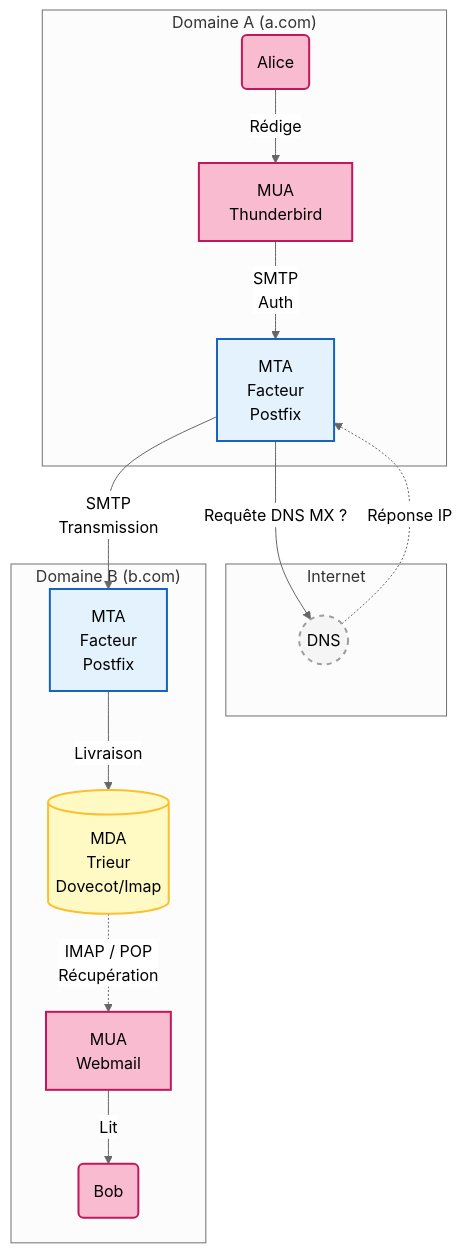
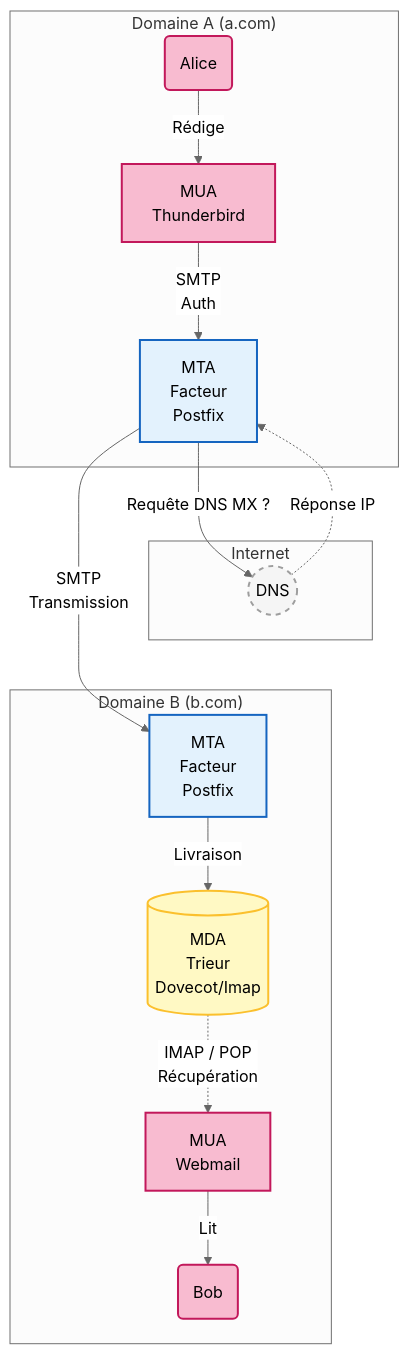
One commit to Yanal-Yves/blog changed the third of 3 diagrams in content/antispoofing-e-mail/01-architecture-concepts.md. Above: the diagram before and after it, drawn with Mermaid (neutral theme).

Commit message:
Diagramme du voyage : empiler Domaine B sous Internet
MTA_A ayant deux arêtes sortantes (DNS et MTA_B), Mermaid plaçait
« Internet » et « Domaine B » côte à côte. Un lien invisible
DNS ~~~ MTA_B force Domaine B d'un rang vers le bas pour retrouver
le flux vertical A -> Internet -> B décrit dans le texte.

````diff
--- a/content/antispoofing-e-mail/01-architecture-concepts.md
+++ b/content/antispoofing-e-mail/01-architecture-concepts.md
@@ -155,27 +155,29 @@
 ```mermaid
 graph TD
   %% --- Définition des Styles ---
   classDef client fill:#f8bbd0,stroke:#c2185b,stroke-width:2px,color:#000;
   classDef server fill:#e3f2fd,stroke:#1565c0,stroke-width:2px,color:#000;
   classDef storage fill:#fff9c4,stroke:#fbc02d,stroke-width:2px,color:#000;
   classDef internet fill:#f5f5f5,stroke:#9e9e9e,stroke-width:2px,stroke-dasharray: 5 5,color:#000;
   %% --- Domaine A (Expéditeur) ---
   subgraph "Domaine A (a.com)"
       Alice(Alice):::client -->|Rédige| MUA_A[MUA<br/>Thunderbird]:::client
       MUA_A -->|SMTP<br/>Auth| MTA_A[MTA<br/>Facteur<br/>Postfix]:::server
   end
   %% --- Internet ---
   subgraph "Internet"
       DNS((DNS)):::internet
   end
   %% --- Domaine B (Destinataire) ---
   subgraph "Domaine B (b.com)"
       MTA_B[MTA<br/>Facteur<br/>Postfix]:::server -->|Livraison| MDA_B[("MDA<br/>Trieur<br/>Dovecot/Imap")]:::storage
       MDA_B -.->|IMAP / POP<br/>Récupération| MUA_B[MUA<br/>Webmail]:::client
       MUA_B -->|Lit| Bob(Bob):::client
   end
   %% --- Liens inter-domaines (transitant par Internet) ---
   MTA_A -->|Requête DNS MX ?| DNS
   DNS -.->|Réponse IP| MTA_A
   MTA_A -->|SMTP<br/>Transmission| MTA_B
+  %% Lien invisible pour empiler Domaine B sous Internet
+  DNS ~~~ MTA_B
 ```
````
